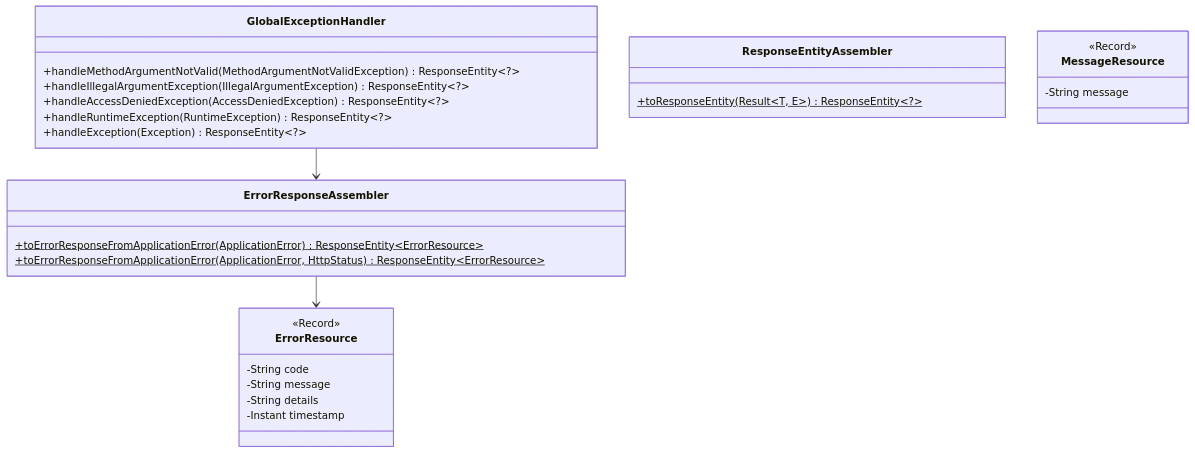
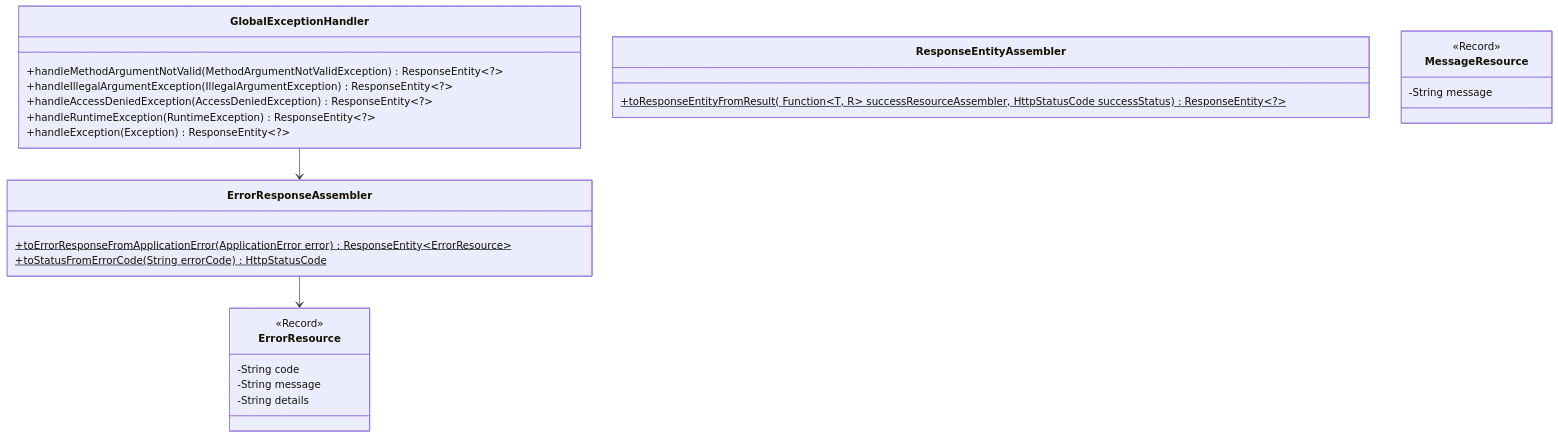
The third of 7 diagrams in docs/shared-bounded-context-dictionary.md (tux-logic/shiftiq-platform), drawn with Mermaid before and after one commit. The commit also changed other lines of this file, not shown here.

Commit message:
docs(shared): align domain event signatures, rest assemblers, and error resources with Java codebase.

````diff
--- a/docs/shared-bounded-context-dictionary.md
+++ b/docs/shared-bounded-context-dictionary.md
@@ -228,37 +223,36 @@
 ```mermaid
 classDiagram
     direction TB
 
     class GlobalExceptionHandler {
         +handleMethodArgumentNotValid(MethodArgumentNotValidException) ResponseEntity~?~
         +handleIllegalArgumentException(IllegalArgumentException) ResponseEntity~?~
         +handleAccessDeniedException(AccessDeniedException) ResponseEntity~?~
         +handleRuntimeException(RuntimeException) ResponseEntity~?~
         +handleException(Exception) ResponseEntity~?~
     }
 
     class ErrorResponseAssembler {
-        +toErrorResponseFromApplicationError(ApplicationError)$ ResponseEntity~ErrorResource~
-        +toErrorResponseFromApplicationError(ApplicationError, HttpStatus)$ ResponseEntity~ErrorResource~
+        +toErrorResponseFromApplicationError(ApplicationError error)$ ResponseEntity~ErrorResource~
+        +toStatusFromErrorCode(String errorCode)$ HttpStatusCode
     }
 
     class ResponseEntityAssembler {
-        +toResponseEntity(Result~T, E~)$ ResponseEntity~?~
+        +toResponseEntityFromResult(Result~T, ApplicationError~ result, Function~T, R~ successResourceAssembler, HttpStatusCode successStatus)$ ResponseEntity~?~
     }
 
     class ErrorResource {
         <<Record>>
         -String code
         -String message
         -String details
-        -Instant timestamp
     }
 
     class MessageResource {
         <<Record>>
         -String message
     }
 
     GlobalExceptionHandler --> ErrorResponseAssembler
     ErrorResponseAssembler --> ErrorResource
 ```
````
